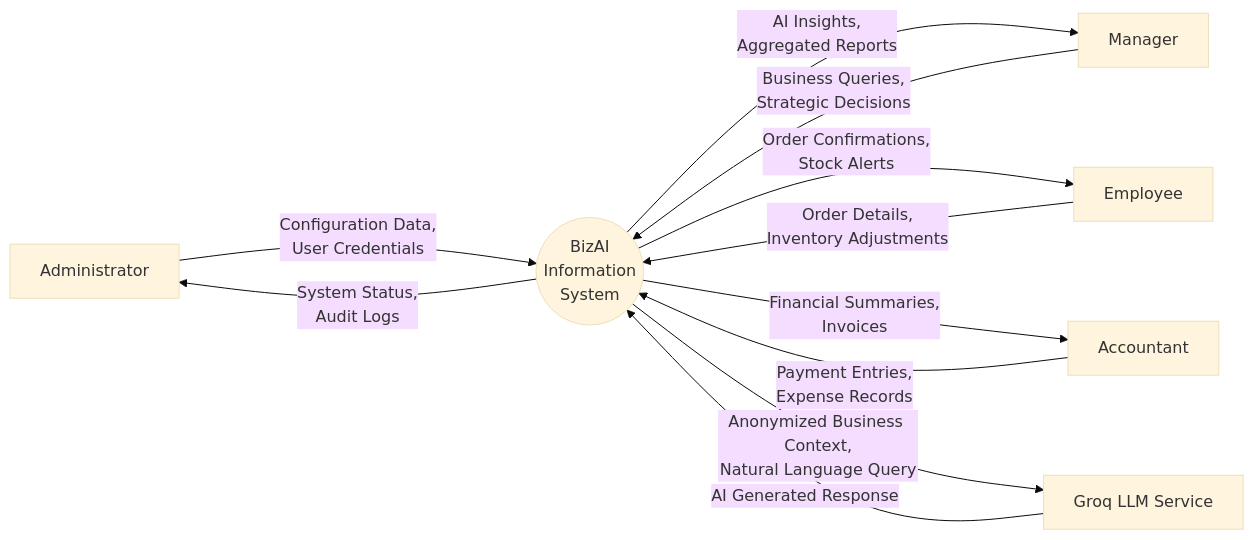
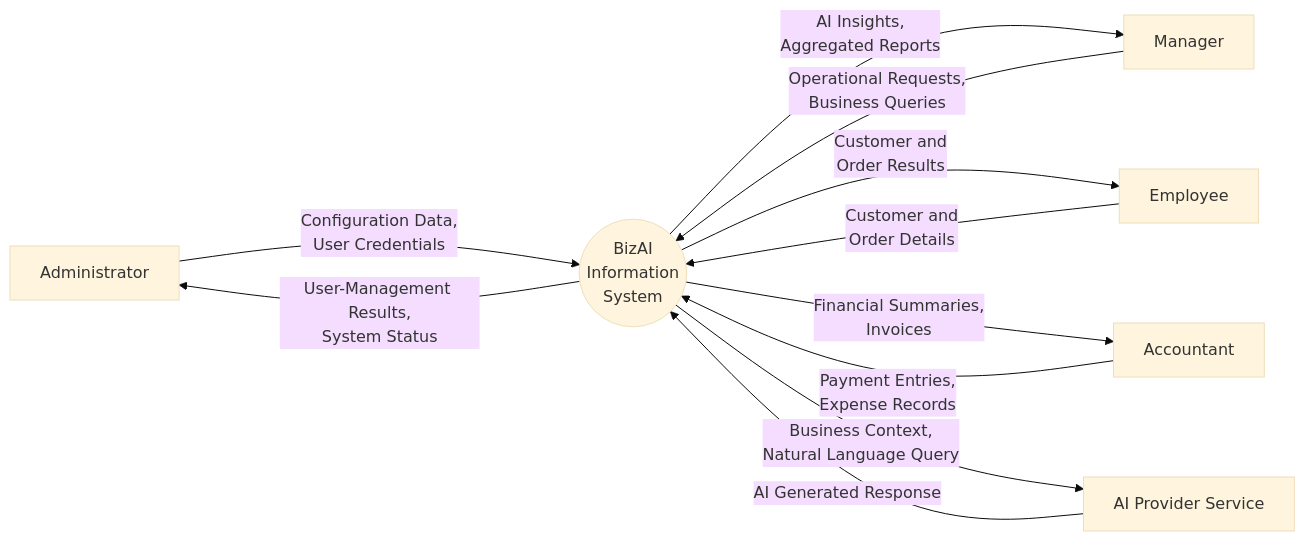
Before and after one commit to hyperS777/BizAI: the diagram in docs/design-diagrams/03-dfd-level0.mmd, drawn with Mermaid (base theme). The commit also changed 35 other files, not shown here.

```diff
--- a/docs/design-diagrams/03-dfd-level0.mmd
+++ b/docs/design-diagrams/03-dfd-level0.mmd
@@ -1,29 +1,29 @@
 %%{init: {'flowchart': {'nodeSpacing': 100, 'rankSpacing': 200}}}%%
 flowchart LR
     %% External Entities (Rectangles)
     ADMIN["Administrator"]
     MGR["Manager"]
     EMP["Employee"]
     ACC["Accountant"]
 
     %% System Process (Circle)
     SYS(("BizAI\nInformation\nSystem"))
 
     %% External Systems (Rectangles)
-    GROQ["Groq LLM Service"]
+    AI_PROVIDER["AI Provider Service"]
 
     %% Data Flows
     ADMIN -- "Configuration Data,\nUser Credentials" --> SYS
-    SYS -- "System Status,\nAudit Logs" --> ADMIN
+    SYS -- "User-Management Results,\nSystem Status" --> ADMIN
 
-    MGR -- "Business Queries,\nStrategic Decisions" --> SYS
+    MGR -- "Operational Requests,\nBusiness Queries" --> SYS
     SYS -- "AI Insights,\nAggregated Reports" --> MGR
 
-    EMP -- "Order Details,\nInventory Adjustments" --> SYS
-    SYS -- "Order Confirmations,\nStock Alerts" --> EMP
+    EMP -- "Customer and\nOrder Details" --> SYS
+    SYS -- "Customer and\nOrder Results" --> EMP
 
     ACC -- "Payment Entries,\nExpense Records" --> SYS
     SYS -- "Financial Summaries,\nInvoices" --> ACC
 
-    SYS -- "Anonymized Business Context,\nNatural Language Query" --> GROQ
-    GROQ -- "AI Generated Response" --> SYS
+    SYS -- "Business Context,\nNatural Language Query" --> AI_PROVIDER
+    AI_PROVIDER -- "AI Generated Response" --> SYS
```
